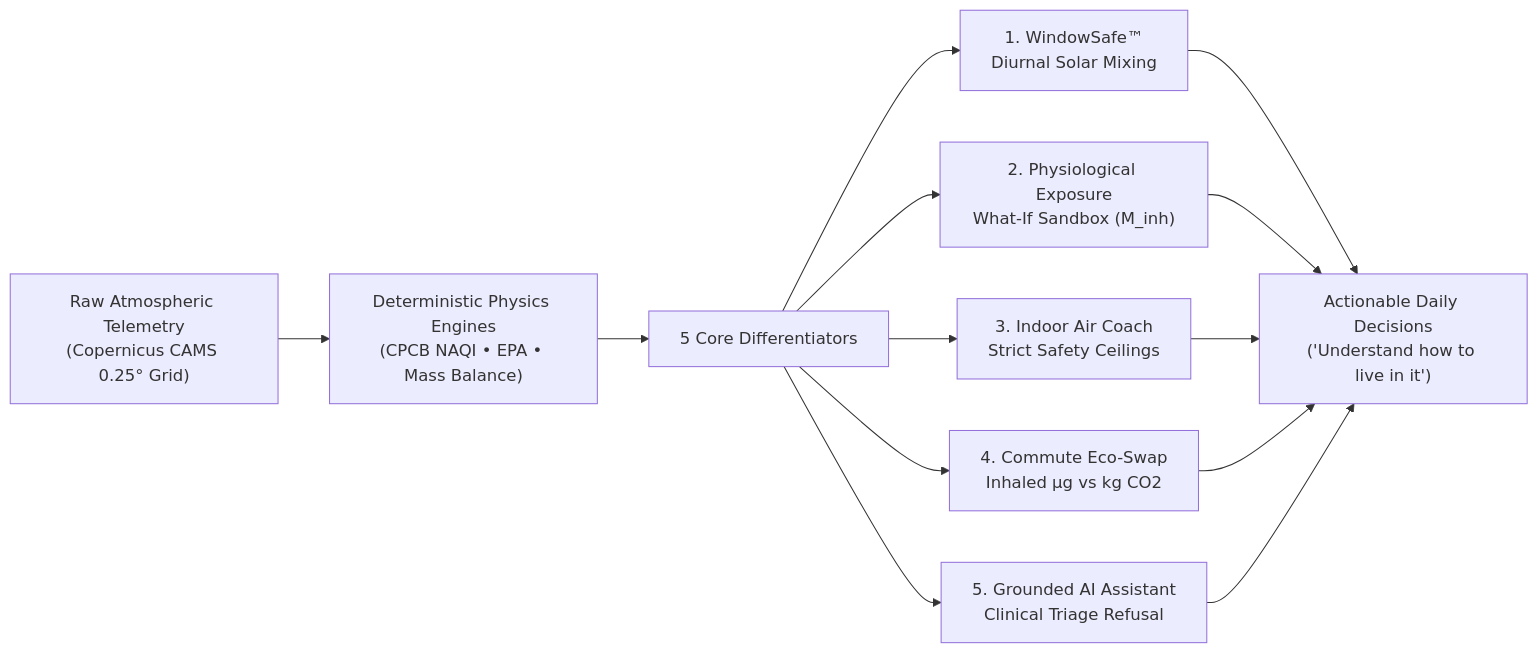
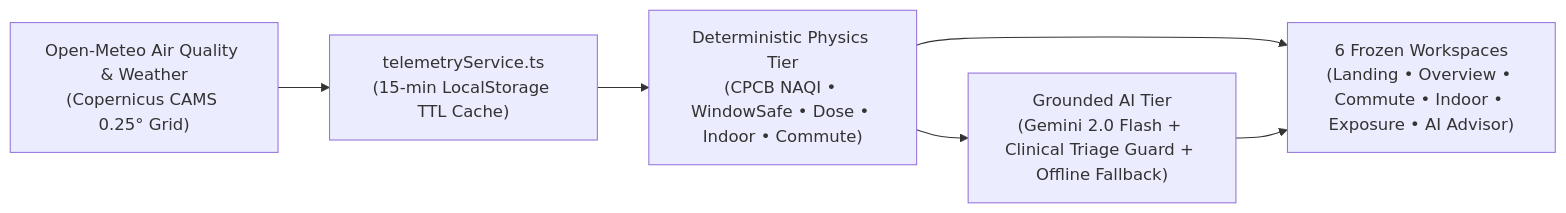
The diagram in README.md (tejdeepreddy37/breathewise-ai), drawn with Mermaid before and after one commit. The commit also changed other lines of this file and 8 other files, not shown here.

````diff
--- a/README.md
+++ b/README.md
@@ -32,11 +76,8 @@
 ```mermaid
 flowchart LR
-    A["Raw Atmospheric Telemetry<br/>(Copernicus CAMS 0.25° Grid)"] --> B["Deterministic Physics Engines<br/>(CPCB NAQI • EPA • Mass Balance)"]
-    B --> C["5 Core Differentiators"]
-    C --> D1["1. WindowSafe™<br/>Diurnal Solar Mixing"]
-    C --> D2["2. Physiological Exposure<br/>What-If Sandbox (M_inh)"]
-    C --> D3["3. Indoor Air Coach<br/>Strict Safety Ceilings"]
-    C --> D4["4. Commute Eco-Swap<br/>Inhaled µg vs kg CO2"]
-    C --> D5["5. Grounded AI Assistant<br/>Clinical Triage Refusal"]
-    D1 & D2 & D3 & D4 & D5 --> E["Actionable Daily Decisions<br/>('Understand how to live in it')"]
+    A["Open-Meteo Air Quality & Weather<br/>(Copernicus CAMS 0.25° Grid)"] --> B["telemetryService.ts<br/>(15-min LocalStorage TTL Cache)"]
+    B --> C["Deterministic Physics Tier<br/>(CPCB NAQI • WindowSafe • Dose • Indoor • Commute)"]
+    C --> D["6 Frozen Workspaces<br/>(Landing • Overview • Commute • Indoor • Exposure • AI Advisor)"]
+    C --> E["Grounded AI Tier<br/>(Gemini 2.0 Flash + Clinical Triage Guard + Offline Fallback)"]
+    E --> D
 ```
````
